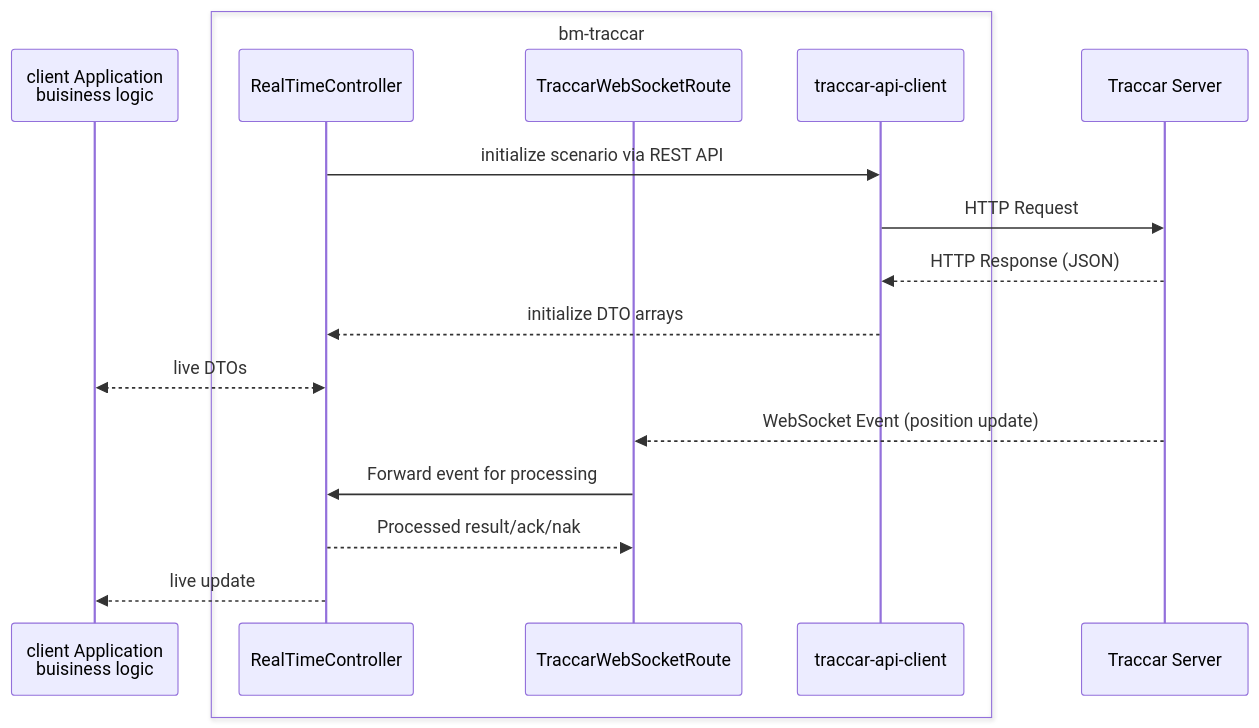
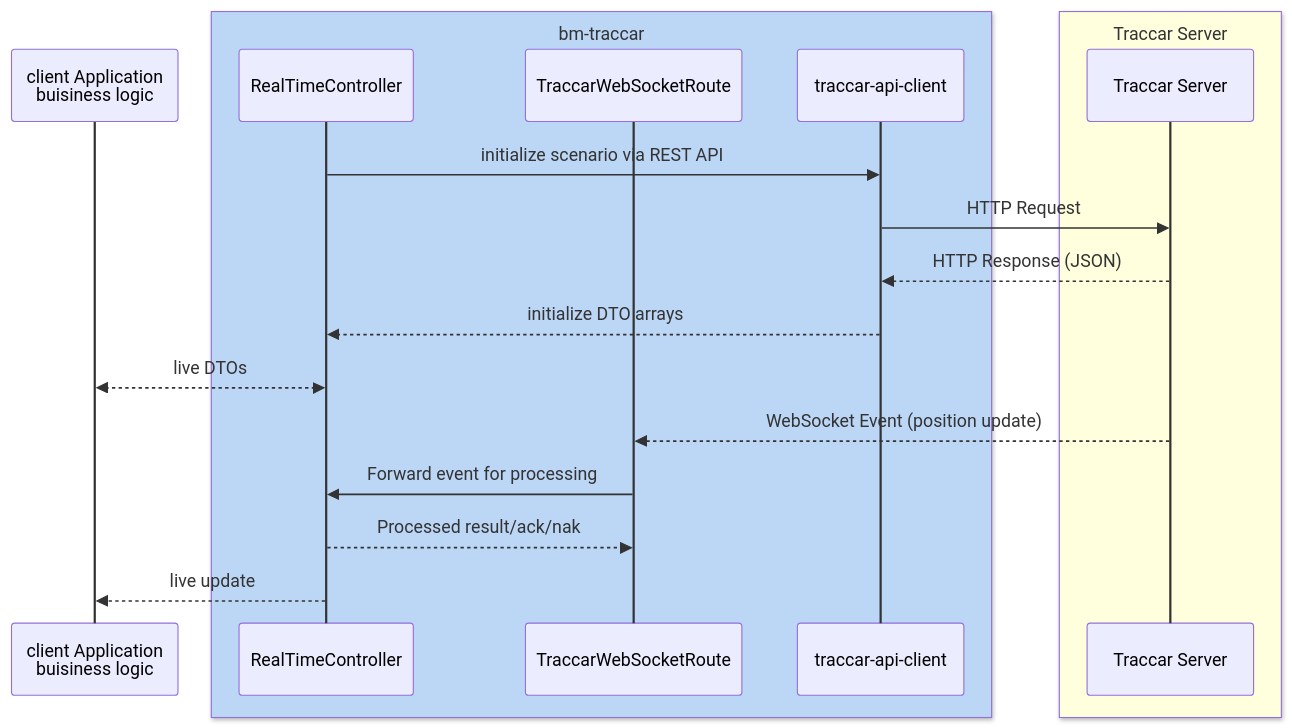
One commit to kbeigl/bm changed the diagram in bm-traccar/src/asciidoc/bm-traccar-arc.adoc. Above: the diagram before and after it, drawn with Mermaid. The commit also changed other lines of this file and 87 other files, not shown here.

```diff
--- a/bm-traccar/src/asciidoc/bm-traccar-arc.adoc
+++ b/bm-traccar/src/asciidoc/bm-traccar-arc.adoc
@@ -24,22 +31,25 @@
 [mermaid]
 ....
+%%{init: {'themeVariables': { 'sequenceNumberColor': '#000', 'actorLineColor': '#333' }}}%%
 sequenceDiagram
     participant UserApp as client Application <br/> buisiness logic
-    box bm-traccar
+    box rgb(188, 214, 246) bm-traccar
         participant RT as RealTimeController
         participant WS as TraccarWebSocketRoute
         participant APIClient as traccar-api-client
     end
-    participant TraccarServer as Traccar Server
-
+    box rgb(255, 255, 222) Traccar Server
+        participant TraccarServer as Traccar Server
+    end
+    
     RT->>APIClient: initialize scenario via REST API 
     APIClient->>TraccarServer: HTTP Request
     TraccarServer-->>APIClient: HTTP Response (JSON)
     APIClient-->>RT: initialize DTO arrays
     RT<<-->>UserApp: live DTOs
 
     TraccarServer-->>WS: WebSocket Event (position update)
     WS->>RT: Forward event for processing
     RT-->>WS: Processed result/ack/nak
     RT-->>UserApp: live update
 ....
```
